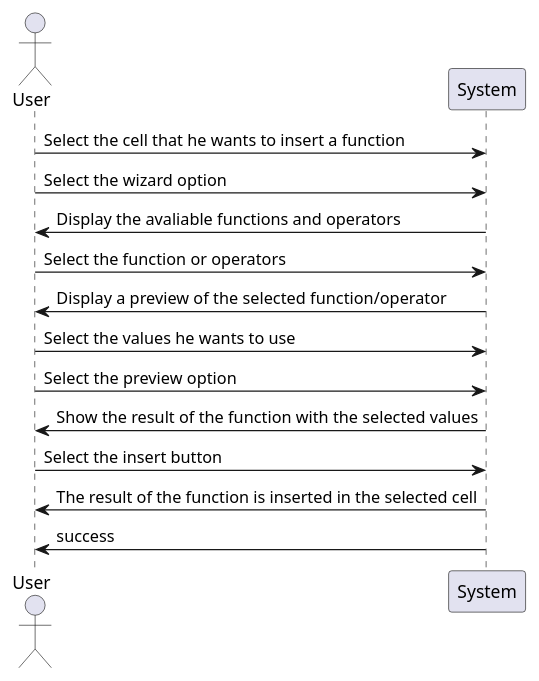
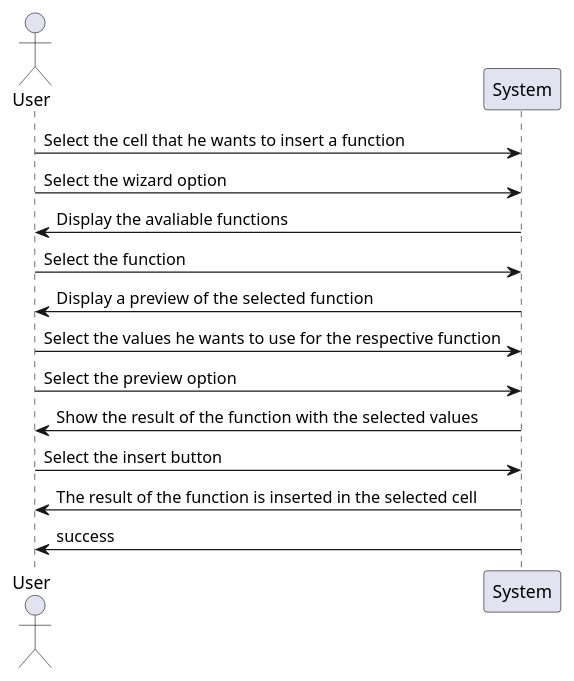
One commit to PeFerreira98/ISEP.Lic.LAPR4_2017 changed the diagram in src/main/java/lapr4/green/s3/lang/n1130626/intermediatewizard/lang04.2_analysis.puml. Above: the diagram before and after it, drawn with PlantUML. The commit also changed 2 other files, not shown here.

```diff
--- a/src/main/java/lapr4/green/s3/lang/n1130626/intermediatewizard/lang04.2_analysis.puml
+++ b/src/main/java/lapr4/green/s3/lang/n1130626/intermediatewizard/lang04.2_analysis.puml
@@ -1,19 +1,19 @@
 @startuml lang04.2_analysis.png
 
 actor User
 
 participant "System" as s
 
 User->s: Select the cell that he wants to insert a function
 User->s: Select the wizard option
-s->User: Display the avaliable functions and operators
-User->s: Select the function or operators
-s->User: Display a preview of the selected function/operator
-User->s: Select the values he wants to use
+s->User: Display the avaliable functions
+User->s: Select the function
+s->User: Display a preview of the selected function
+User->s: Select the values he wants to use for the respective function
 User->s: Select the preview option
 s->User: Show the result of the function with the selected values
 User->s: Select the insert button
 s->User: The result of the function is inserted in the selected cell
 s->User: success
 
 @enduml
```
